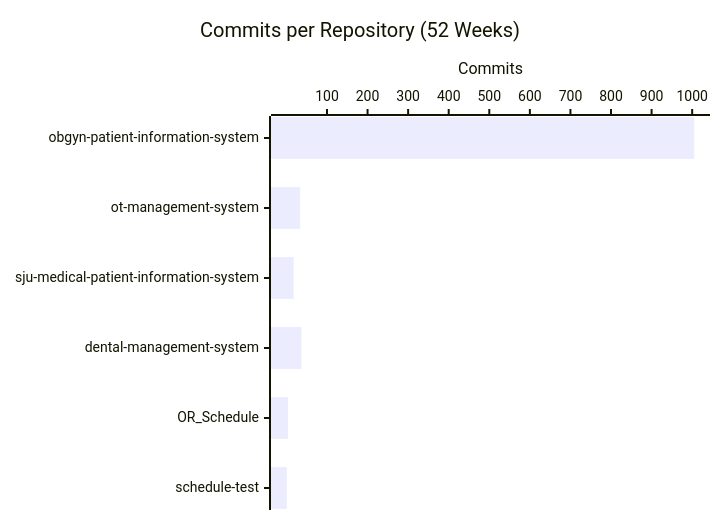
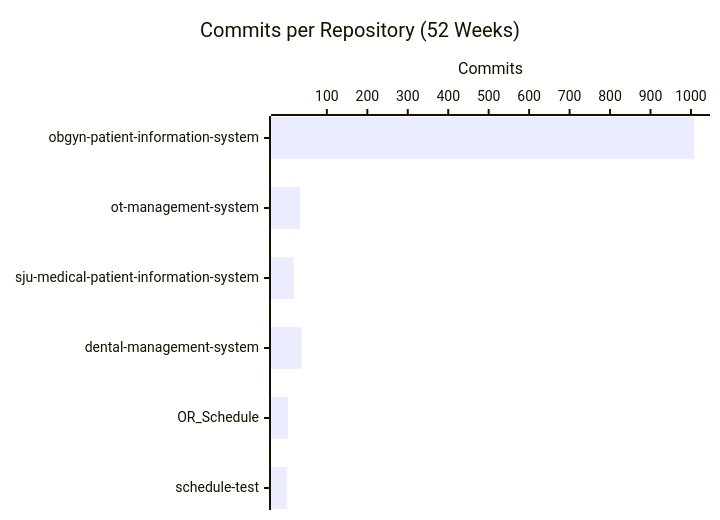
One commit to CSTH-Projects/.github changed the second of 4 diagrams in profile/README.md. Above: the diagram before and after it, drawn with Mermaid. The commit also changed other lines of this file, not shown here.

````diff
--- a/profile/README.md
+++ b/profile/README.md
@@ -24,7 +24,7 @@
 ```mermaid
 xychart-beta horizontal
     title "Commits per Repository (52 Weeks)"
     x-axis ["obgyn-patient-information-system", "ot-management-system", "sju-medical-patient-information-system", "dental-management-system", "OR_Schedule", "schedule-test"]
     y-axis "Commits"
-    bar [1005, 34, 18, 37, 4, 1]
+    bar [1008, 34, 18, 37, 4, 1]
 ```
````
